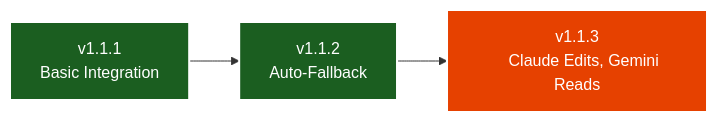
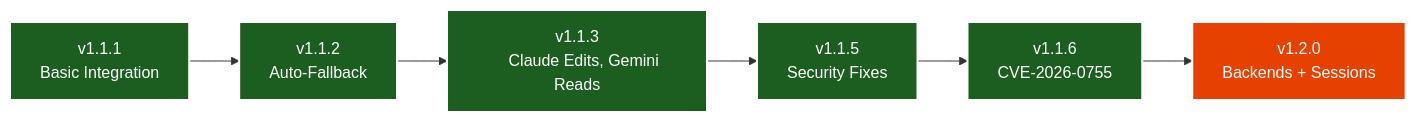
Before and after one commit to jamubc/gemini-mcp-tool: the first of 2 diagrams in docs/resources/roadmap.md, drawn with Mermaid. The commit also changed other lines of this file and 14 other files, not shown here.

````diff
--- a/docs/resources/roadmap.md
+++ b/docs/resources/roadmap.md
@@ -11,20 +11,26 @@
 ```mermaid
 ---
 config:
   flowchart:
     htmlLabels: false
     curve: cardinal
 ---
 flowchart LR
     A["v1.1.1
     Basic Integration"] --> B["v1.1.2
     Auto-Fallback"]
     B --> C["v1.1.3
     Claude Edits, Gemini Reads"]
+    C --> D["v1.1.5
+    Security Fixes"]
+    D --> E["v1.1.6
+    CVE-2026-0755"]
+    E --> F["v1.2.0
+    Backends + Sessions"]
     
     classDef releasedNode fill:#1b5e20,stroke:#fff,color:#fff,stroke-width:2px
     classDef currentNode fill:#e64100,stroke:#fff,color:#fff,stroke-width:2px
     
-    class A,B releasedNode
-    class C currentNode
+    class A,B,C,D,E releasedNode
+    class F currentNode
 ```
````
